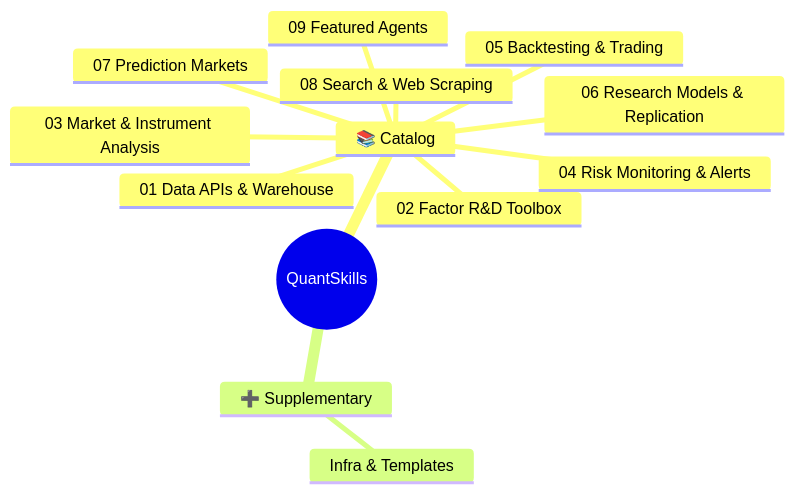
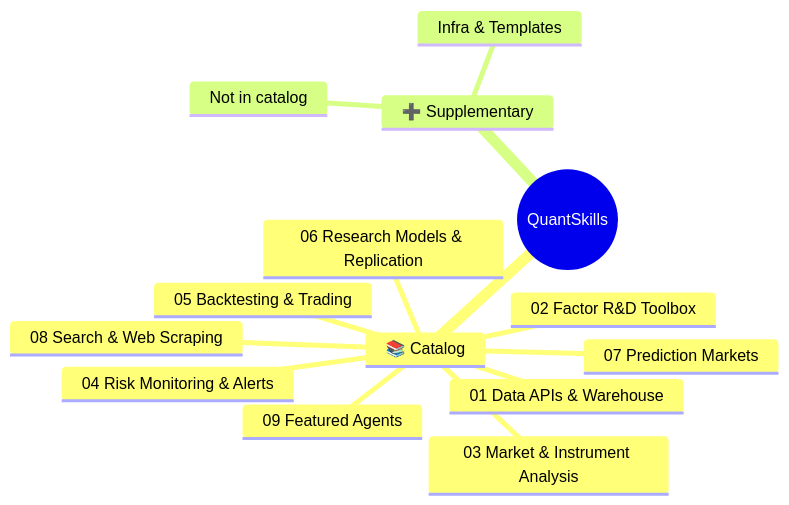
One commit to quantskills/quantskills changed the diagram in README.en.md. Above: the diagram before and after it, drawn with Mermaid. The commit also changed other lines of this file and 1 other file, not shown here.

````diff
--- a/README.en.md
+++ b/README.en.md
@@ -14,16 +14,17 @@
 ```mermaid
 mindmap
   root((QuantSkills))
     📚 Catalog
       01 Data APIs & Warehouse
       02 Factor R&D Toolbox
       03 Market & Instrument Analysis
       04 Risk Monitoring & Alerts
       05 Backtesting & Trading
       06 Research Models & Replication
       07 Prediction Markets
       08 Search & Web Scraping
       09 Featured Agents
     ➕ Supplementary
+      Not in catalog
       Infra & Templates
 ```
````
